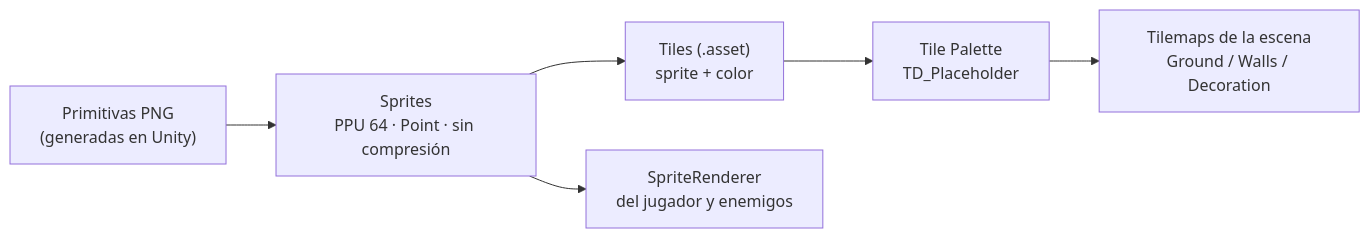
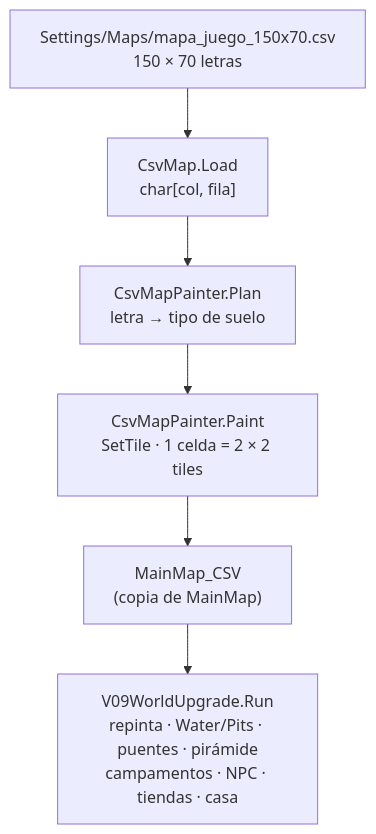
One commit to 0266768-velita/Videogame-Development changed the fifth of 8 diagrams in TD_Game_ARQUITECTURA.md. Above: the diagram before and after it, drawn with Mermaid. The commit also changed other lines of this file and 2 other files, not shown here.

````diff
--- a/TD_Game_ARQUITECTURA.md
+++ b/TD_Game_ARQUITECTURA.md
@@ -193,8 +309,8 @@
 ```mermaid
-flowchart LR
-    P["Primitivas PNG<br/>(generadas en Unity)"] --> S["Sprites<br/>PPU 64 · Point · sin compresión"]
-    S --> TL["Tiles (.asset)<br/>sprite + color"]
-    TL --> PAL["Tile Palette<br/>TD_Placeholder"]
-    PAL --> TM["Tilemaps de la escena<br/>Ground / Walls / Decoration"]
-    S --> SR["SpriteRenderer<br/>del jugador y enemigos"]
+flowchart TD
+    CSV["Settings/Maps/mapa_juego_150x70.csv<br/>150 × 70 letras"] --> L["CsvMap.Load<br/>char[col, fila]"]
+    L --> PL["CsvMapPainter.Plan<br/>letra → tipo de suelo"]
+    PL --> PA["CsvMapPainter.Paint<br/>SetTile · 1 celda = 2 × 2 tiles"]
+    PA --> SC["MainMap_CSV<br/>(copia de MainMap)"]
+    SC --> V9["V09WorldUpgrade.Run<br/>repinta · Water/Pits · puentes · pirámide<br/>campamentos · NPC · tiendas · casa"]
 ```
````
